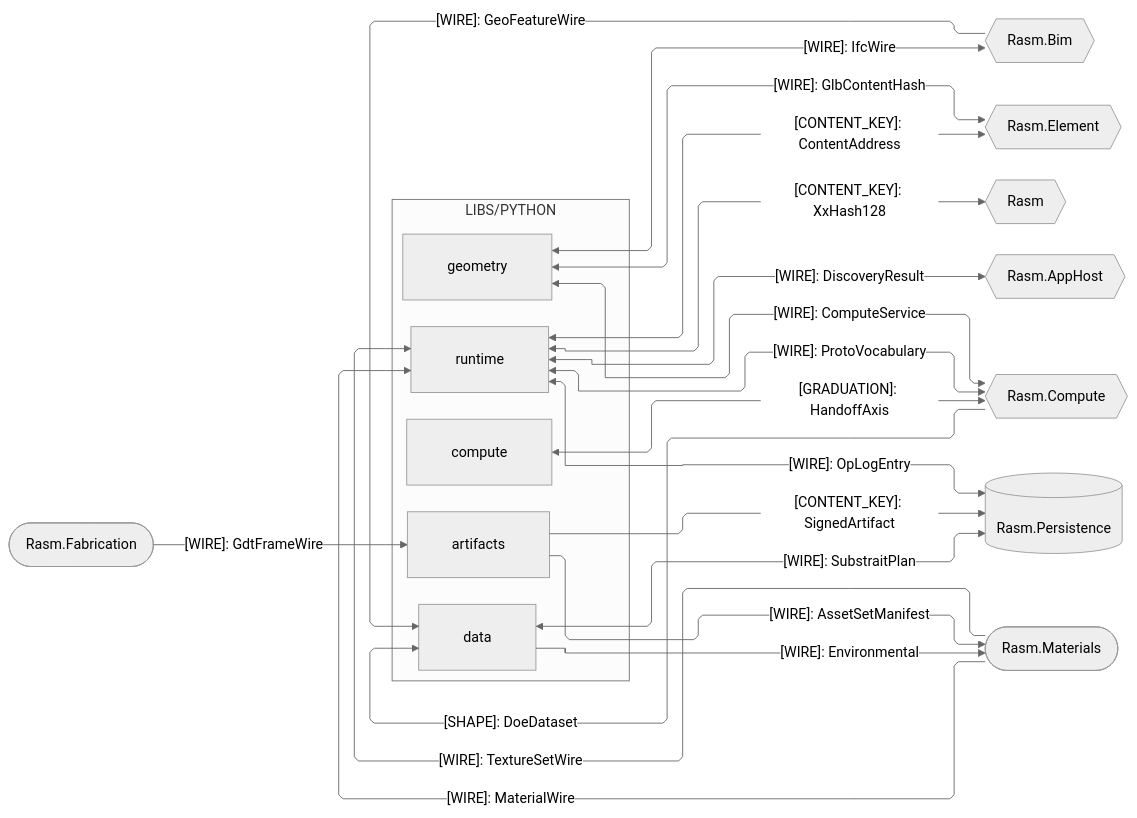
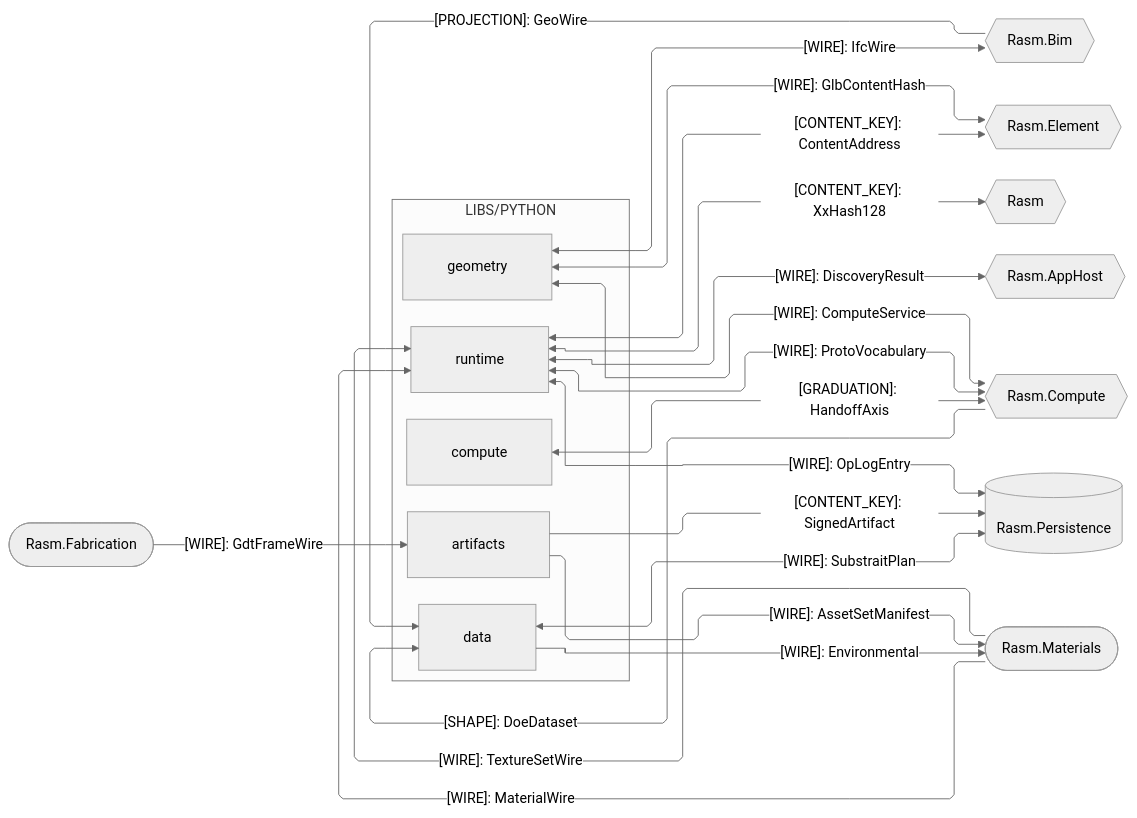
Before and after one commit to bsamiee/Rasm: the second of 4 diagrams in libs/python/.planning/ARCHITECTURE.md, drawn with Mermaid (neutral theme). The commit also changed 56 other files, not shown here.

````diff
--- a/libs/python/.planning/ARCHITECTURE.md
+++ b/libs/python/.planning/ARCHITECTURE.md
@@ -78,45 +78,45 @@
 ```mermaid
 ---
 config:
   layout: elk
   flowchart:
     curve: linear
     padding: 25
 ---
 flowchart LR
     accTitle: Python branch C# seam registry
     accDescr: Python packages exchanging kinded contract shapes with their C# counterparts; every edge carries kind plus shape.
     subgraph python[LIBS/PYTHON]
         Geometry[geometry]
         Runtime[runtime]
         Compute[compute]
         Data[data]
         Artifacts[artifacts]
     end
     Bim{{Rasm.Bim}}
     Element{{Rasm.Element}}
     Rasm{{Rasm}}
     AppHost{{Rasm.AppHost}}
     RasmCompute{{Rasm.Compute}}
     Persistence[(Rasm.Persistence)]
     Materials([Rasm.Materials])
     Fabrication([Rasm.Fabrication])
     Geometry e1@<-->|"[WIRE]: IfcWire"| Bim
     Geometry e2@<-->|"[WIRE]: GlbContentHash"| Element
     Geometry e3@<-->|"[WIRE]: ComputeService"| RasmCompute
     Runtime e4@<-->|"[CONTENT_KEY]: ContentAddress"| Element
     Runtime e5@<-->|"[CONTENT_KEY]: XxHash128"| Rasm
     Runtime e6@<-->|"[WIRE]: DiscoveryResult"| AppHost
     Runtime e7@<-->|"[WIRE]: ProtoVocabulary"| RasmCompute
     Runtime e8@<-->|"[WIRE]: OpLogEntry"| Persistence
     Materials e9@-->|"[WIRE]: MaterialWire"| Runtime
     Materials e10@-->|"[WIRE]: TextureSetWire"| Runtime
     Compute e11@<-->|"[GRADUATION]: HandoffAxis"| RasmCompute
     RasmCompute e12@-->|"[SHAPE]: DoeDataset"| Data
     Data e13@<-->|"[WIRE]: SubstraitPlan"| Persistence
     Data e14@-->|"[WIRE]: Environmental"| Materials
-    Bim e15@-->|"[WIRE]: GeoFeatureWire"| Data
+    Bim e15@-->|"[PROJECTION]: GeoWire"| Data
     Artifacts e16@-->|"[WIRE]: AssetSetManifest"| Materials
     Artifacts e17@-->|"[CONTENT_KEY]: SignedArtifact"| Persistence
     Fabrication e18@-->|"[WIRE]: GdtFrameWire"| Artifacts
 ```
````
